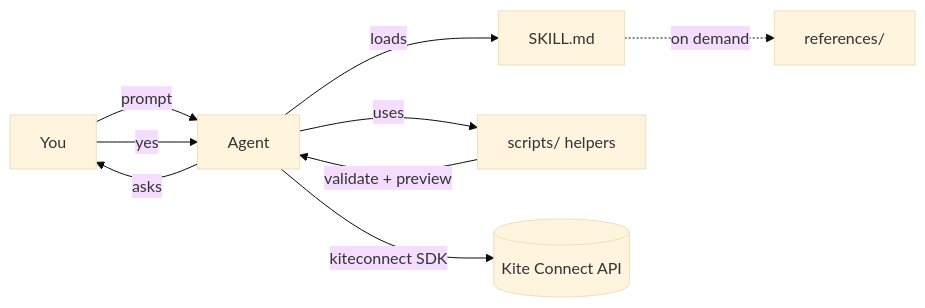
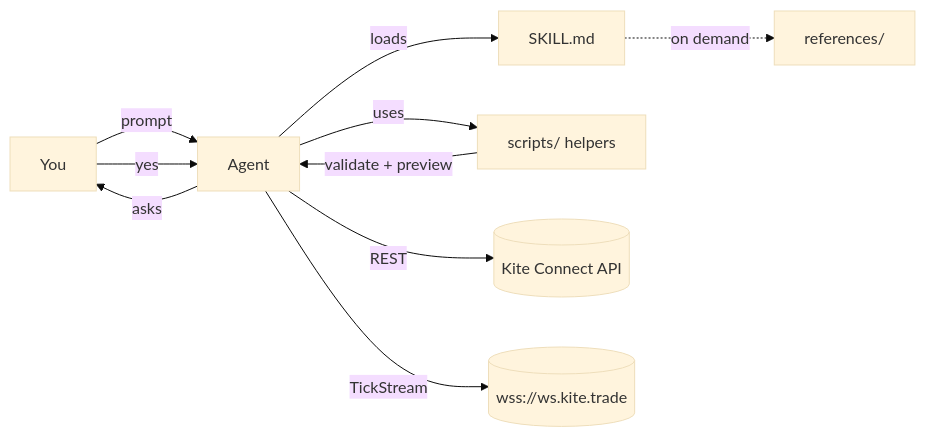
The diagram in README.md (byadnesh/Kite-connect-Skills), drawn with Mermaid (base theme) before and after one commit. The commit also changed other lines of this file and 33 other files, not shown here.

````diff
--- a/README.md
+++ b/README.md
@@ -222,11 +240,12 @@
 ```mermaid
 flowchart LR
     U[You] -->|prompt| A[Agent]
     A -->|loads| S[SKILL.md]
     S -.->|on demand| R[references/]
     A -->|uses| H[scripts/ helpers]
     H -->|validate + preview| A
     A -->|asks| U
     U -->|"yes"| A
-    A -->|kiteconnect SDK| K[(Kite Connect API)]
+    A -->|REST| K[(Kite Connect API)]
+    A -->|TickStream| W[(wss://ws.kite.trade)]
 ```
````
